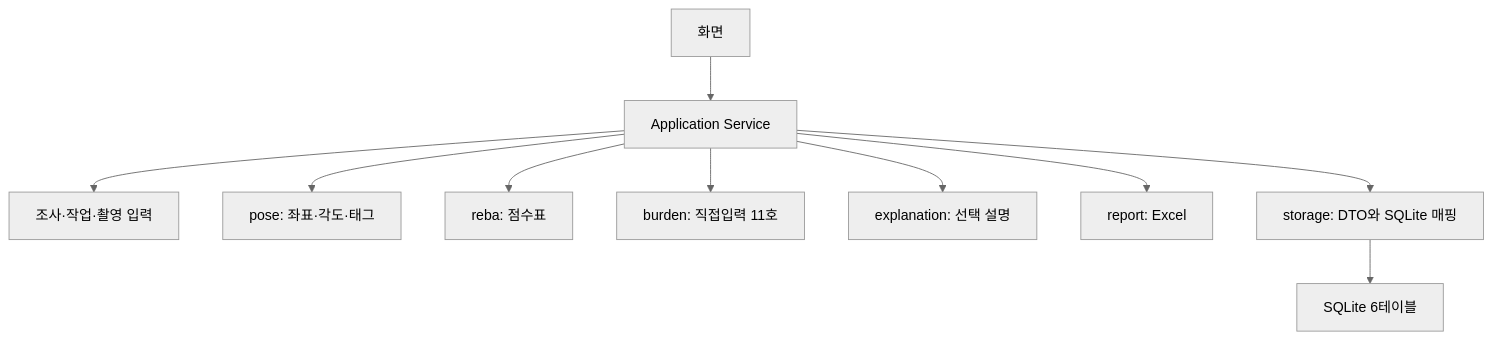
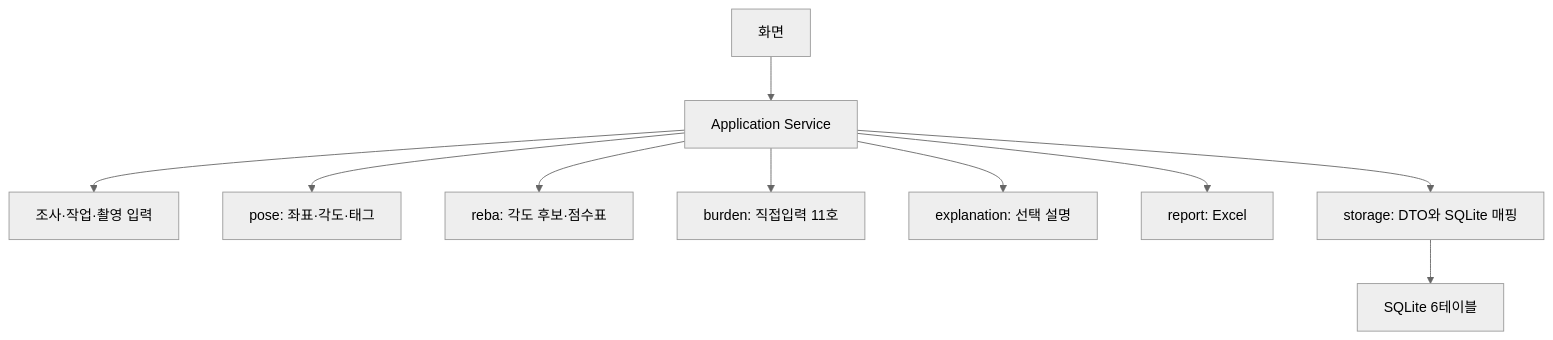
Before and after one commit to LOCO-KOREA/LOCO: the diagram in docs/DB아키텍처_설계서.md, drawn with Mermaid (neutral theme). The commit also changed other lines of this file and 5 other files, not shown here.

````diff
--- a/docs/DB아키텍처_설계서.md
+++ b/docs/DB아키텍처_설계서.md
@@ -28,12 +28,12 @@
 ```mermaid
 flowchart TD
   UI[화면] --> APP[Application Service]
   APP --> INPUT[조사·작업·촬영 입력]
   APP --> POSE[pose: 좌표·각도·태그]
-  APP --> REBA[reba: 점수표]
+  APP --> REBA[reba: 각도 후보·점수표]
   APP --> BURDEN[burden: 직접입력 11호]
   APP --> GPT[explanation: 선택 설명]
   APP --> REPORT[report: Excel]
   APP --> STORE[storage: DTO와 SQLite 매핑]
   STORE --> DB[SQLite 6테이블]
 ```
````
